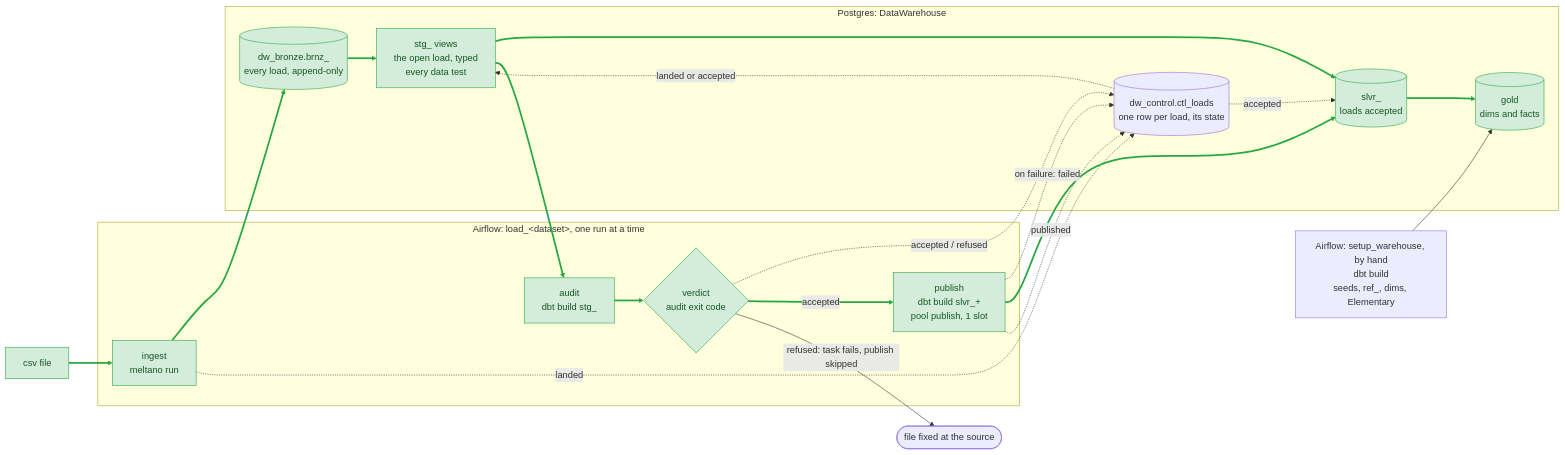
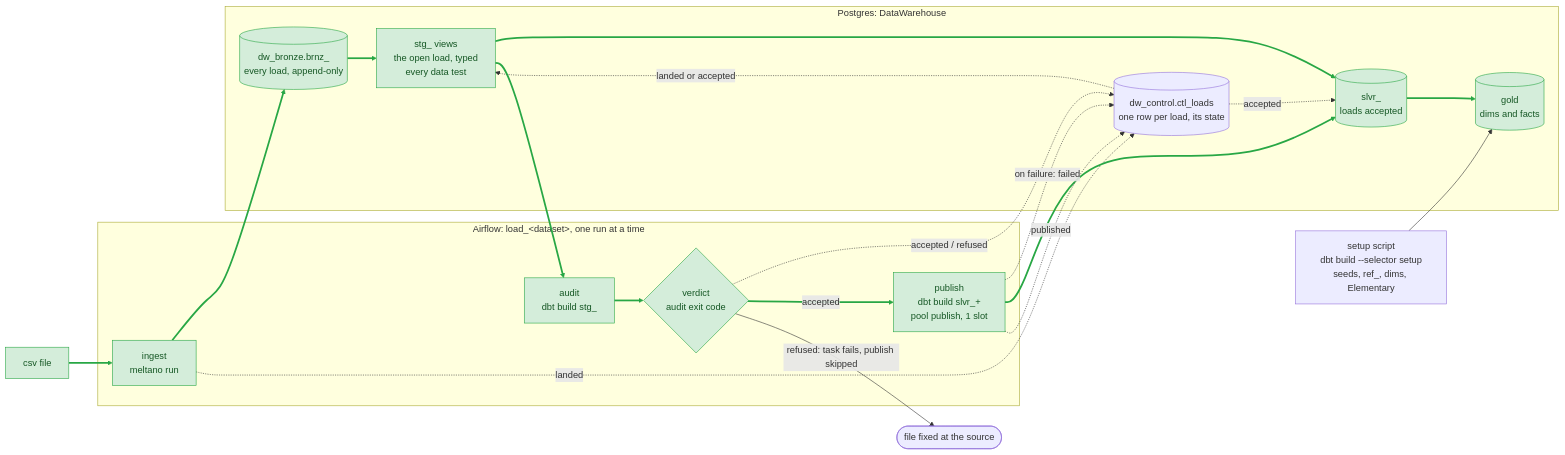
Before and after one commit to le1douglas/DataWarehouse: diagram 11 of 11 in docs/ARCHITECTURE_PROPOSAL.md, drawn with Mermaid. The commit also changed other lines of this file and 8 other files, not shown here.

````diff
--- a/docs/ARCHITECTURE_PROPOSAL.md
+++ b/docs/ARCHITECTURE_PROPOSAL.md
@@ -422,40 +423,40 @@
 ```mermaid
 flowchart LR
     csv["csv file"]
 
     subgraph dag["Airflow: load_&lt;dataset&gt;, one run at a time"]
         ingest["ingest<br/>meltano run"]
         audit["audit<br/>dbt build stg_"]
         verdict{"verdict<br/>audit exit code"}
         publish["publish<br/>dbt build slvr_+<br/>pool publish, 1 slot"]
     end
 
     subgraph wh["Postgres: DataWarehouse"]
         ctl[("dw_control.ctl_loads<br/>one row per load, its state")]
         bronze[("dw_bronze.brnz_<br/>every load, append-only")]
         stg["stg_ views<br/>the open load, typed<br/>every data test"]
         silver[("slvr_<br/>loads accepted")]
         gold[("gold<br/>dims and facts")]
     end
 
-    setup["Airflow: setup_warehouse, by hand<br/>dbt build<br/>seeds, ref_, dims, Elementary"]
+    setup["setup script<br/>dbt build --selector setup<br/>seeds, ref_, dims, Elementary"]
 
     csv --> ingest --> bronze
     ingest -.->|landed| ctl
     bronze --> stg --> silver --> gold
     ctl -.->|landed or accepted| stg
     ctl -.->|accepted| silver
     stg --> audit --> verdict
     verdict -.->|accepted / refused| ctl
     verdict -->|accepted| publish
     verdict -->|refused: task fails, publish skipped| stop(["file fixed at the source"])
     publish -.->|on failure: failed| ctl
     publish --> silver
     publish -.->|published| ctl
     setup --> gold
 
     %% the normal path, a good file from csv to gold, in green
     classDef ok fill:#d4edda,stroke:#28a745,color:#155724
     class csv,ingest,bronze,stg,audit,verdict,publish,silver,gold ok
     linkStyle 0,1,3,4,5,8,9,11,14 stroke:#28a745,stroke-width:3px
 ```
````
